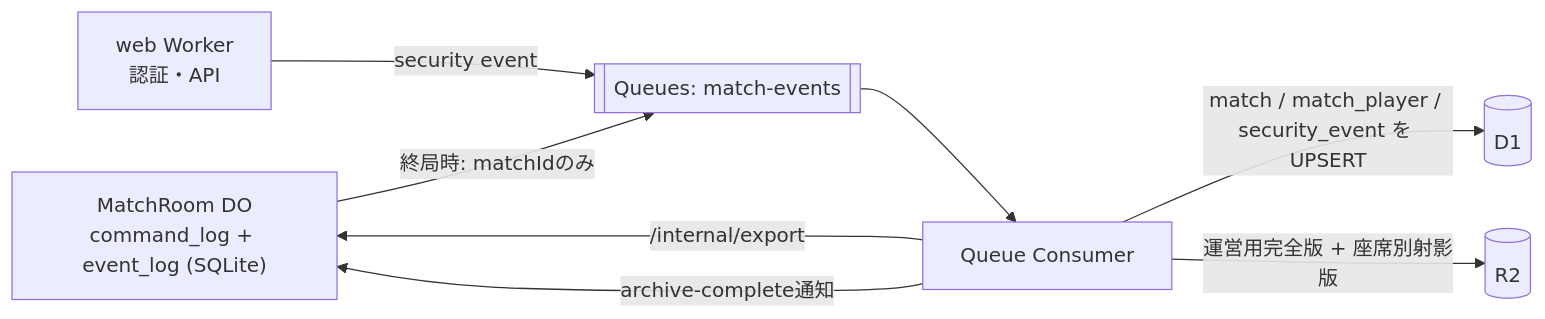
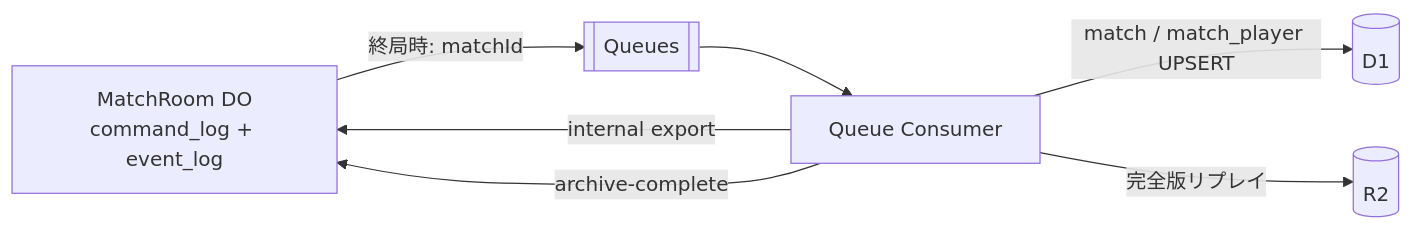
Before and after one commit to ukihot/emerald-wani: the diagram in doc/designs/09-api-protocol.md, drawn with Mermaid. The commit also changed other lines of this file and 38 other files, not shown here.

````diff
--- a/doc/designs/09-api-protocol.md
+++ b/doc/designs/09-api-protocol.md
@@ -73,10 +70,9 @@
 ```mermaid
 flowchart LR
-    MR["MatchRoom DO<br/>command_log + event_log (SQLite)"] -->|終局時: matchIdのみ| Q[["Queues: match-events"]]
-    W["web Worker<br/>認証・API"] -->|security event| Q
+    MR["MatchRoom DO<br/>command_log + event_log"] -->|終局時: matchId| Q[["Queues"]]
     Q --> QC["Queue Consumer"]
-    QC -->|/internal/export| MR
-    QC -->|match / match_player / security_event を UPSERT| D1[("D1")]
-    QC -->|運営用完全版 + 座席別射影版| R2[("R2")]
-    QC -->|archive-complete通知| MR
+    QC -->|internal export| MR
+    QC -->|match / match_player UPSERT| D1[("D1")]
+    QC -->|完全版リプレイ| R2[("R2")]
+    QC -->|archive-complete| MR
 ```
````
